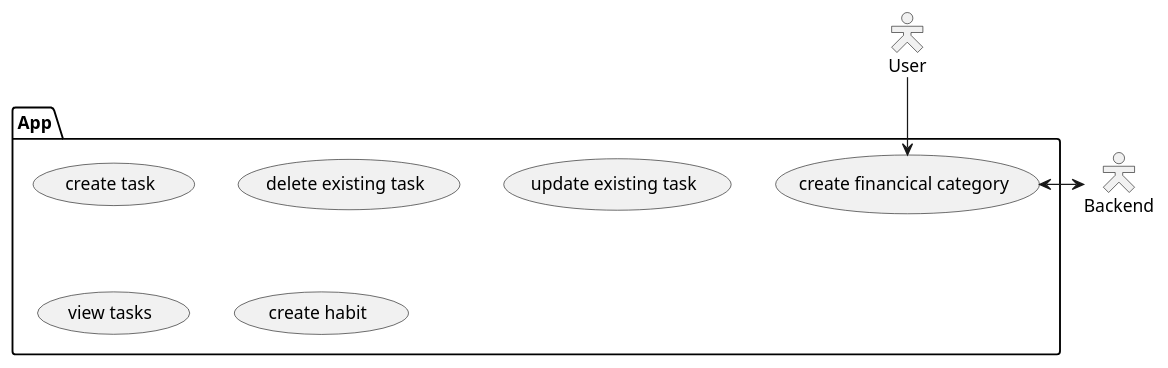
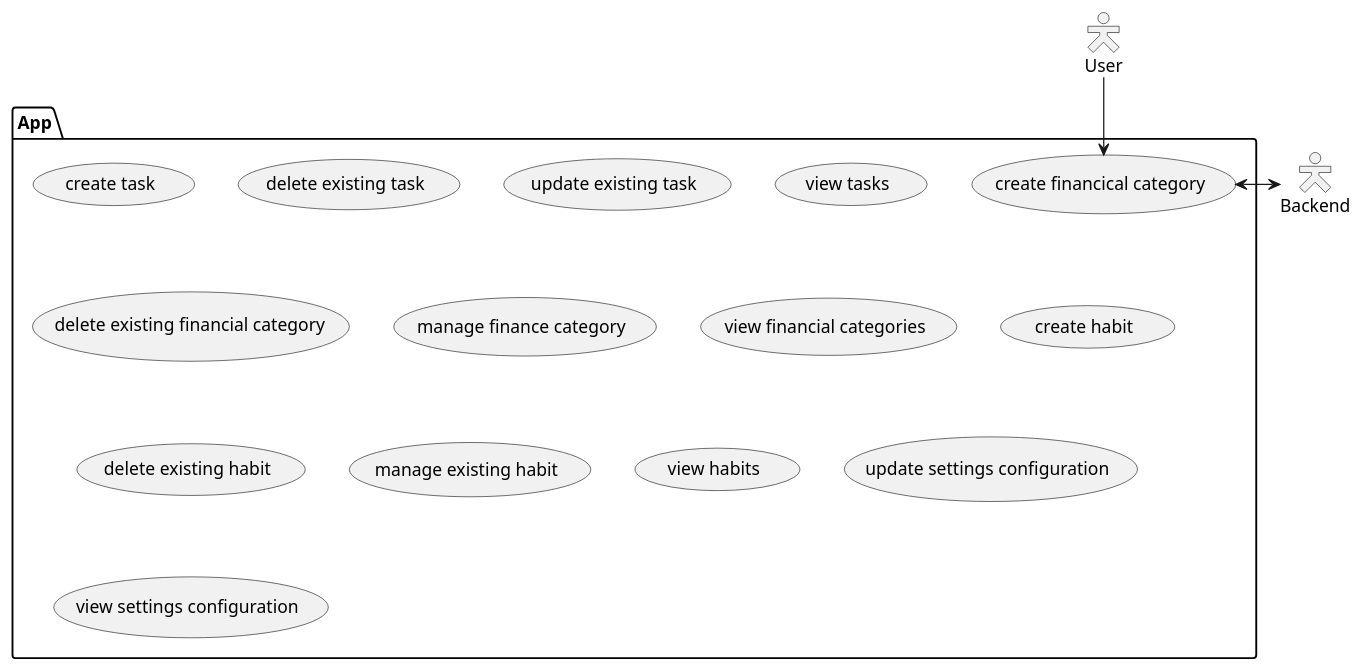
Before and after one commit to Toby-Rea/planner: the first of 2 diagrams in docs/Usecases.puml, drawn with PlantUML.

Commit message:
added more usecases

```diff
--- a/docs/Usecases.puml
+++ b/docs/Usecases.puml
@@ -1,18 +1,26 @@
 @startuml FrontendUses
 skinparam actorStyle Hollow
 :User: as u
 :Backend: as b
 
 package App {
     usecase "create task" as c_task
     usecase "delete existing task" as d_task
     usecase "update existing task" as u_task
     usecase "view tasks" as v_task
     usecase "create financical category" as c_finance
+    usecase "delete existing financial category" as d_finance
+    usecase "manage finance category" as m_finance
+    usecase "view financial categories" as v_finance
     usecase "create habit" as c_habit
+    usecase "delete existing habit" as d_habit
+    usecase "manage existing habit" as u_habit
+    usecase "view habits" as v_habit
+    usecase "update settings configuration" as u_settings
+    usecase "view settings configuration" as v_settings
 }
 
 u --> c_finance
 c_finance <-> b
 
 @enduml
```
